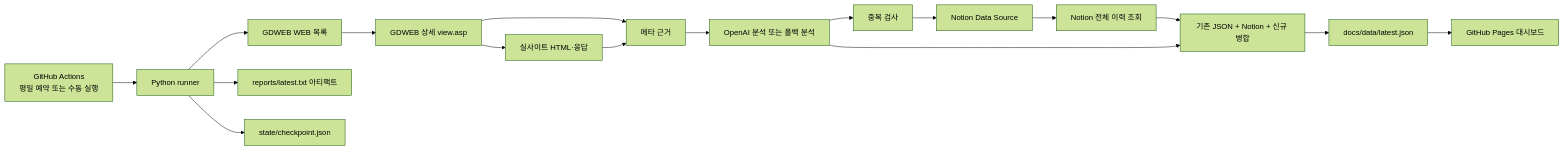
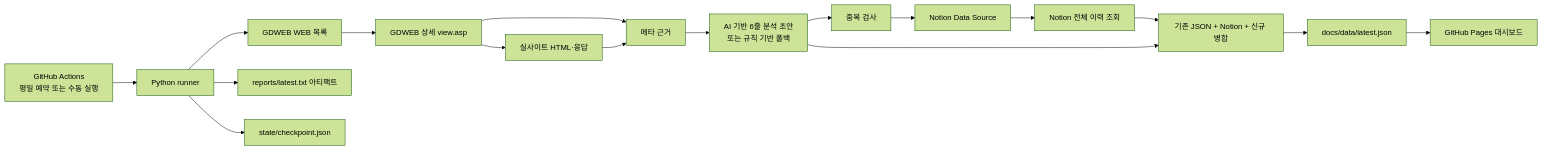
The first of 2 diagrams in TECHNICAL_JOURNEY.md (jkrakisis/web-ux), drawn with Mermaid (forest theme) before and after one commit. The commit also changed other lines of this file and 2 other files, not shown here.

Commit message:
Refine case study and product roadmap

````diff
--- a/TECHNICAL_JOURNEY.md
+++ b/TECHNICAL_JOURNEY.md
@@ -99,19 +99,19 @@
 ```mermaid
 flowchart LR
     Trigger["GitHub Actions<br/>평일 예약 또는 수동 실행"] --> Runner["Python runner"]
     Runner --> GDList["GDWEB WEB 목록"]
     GDList --> GDDetail["GDWEB 상세 view.asp"]
     GDDetail --> Live["실사이트 HTML·응답"]
     GDDetail --> Evidence["메타 근거"]
     Live --> Evidence
-    Evidence --> Analysis["OpenAI 분석 또는 폴백 분석"]
+    Evidence --> Analysis["AI 기반 6줄 분석 초안<br/>또는 규칙 기반 폴백"]
     Analysis --> Dedupe["중복 검사"]
     Dedupe --> Notion["Notion Data Source"]
     Notion --> History["Notion 전체 이력 조회"]
     History --> Merge["기존 JSON + Notion + 신규 병합"]
     Analysis --> Merge
     Merge --> JSON["docs/data/latest.json"]
     JSON --> Pages["GitHub Pages 대시보드"]
     Runner --> Report["reports/latest.txt 아티팩트"]
     Runner --> State["state/checkpoint.json"]
 ```
````
